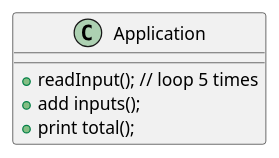
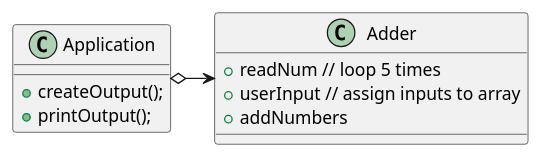
One commit to savosburn/osburn-cop3330-assignment2 changed the diagram in src/main/java/oop/assignment2/ex28/NumberAdder.puml. Above: the diagram before and after it, drawn with PlantUML. The commit also changed 4 other files, not shown here.

```diff
--- a/src/main/java/oop/assignment2/ex28/NumberAdder.puml
+++ b/src/main/java/oop/assignment2/ex28/NumberAdder.puml
@@ -1,14 +1,14 @@
 @startuml
-
+Application o-> Adder
 
 class Application {
-    + readInput(); // loop 5 times
-    + add inputs();
-    + print total();
-
+    + createOutput();
+    + printOutput();
 }
 
-
-
-
+class Adder {
+    + readNum // loop 5 times
+    + userInput // assign inputs to array
+    + addNumbers
+}
 @enduml
```
